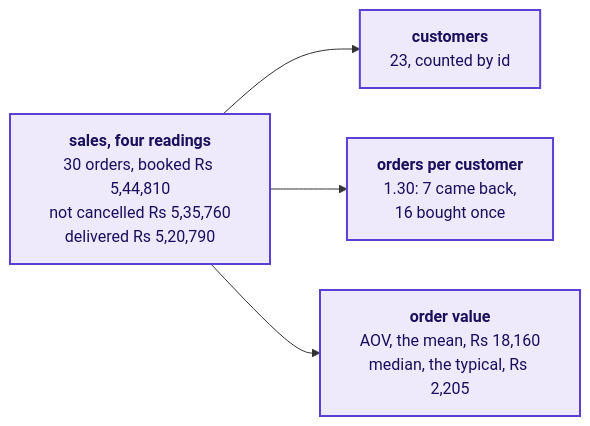
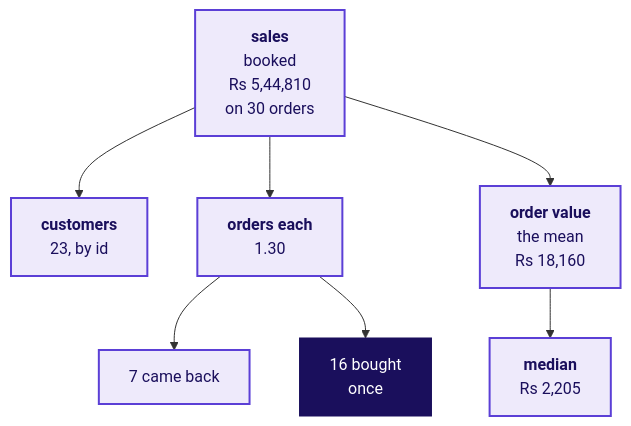
The first of 20 diagrams in content/W01/D1/slides/C2_W01_D01_half2_STUDENT.md (fde-academy-lab/c2-content-factory), drawn with Mermaid before and after one commit. The commit also changed other lines of this file and 32 other files, not shown here.

````diff
--- a/content/W01/D1/slides/C2_W01_D01_half2_STUDENT.md
+++ b/content/W01/D1/slides/C2_W01_D01_half2_STUDENT.md
@@ -21,8 +21,13 @@
 ```mermaid
-flowchart LR
-    R["<b>sales, four readings</b><br/>30 orders, booked Rs 5,44,810<br/>not cancelled Rs 5,35,760<br/>delivered Rs 5,20,790"] --> C["<b>customers</b><br/>23, counted by id"]
-    R --> F["<b>orders per customer</b><br/>1.30: 7 came back,<br/>16 bought once"]
-    R --> A["<b>order value</b><br/>AOV, the mean, Rs 18,160<br/>median, the typical, Rs 2,205"]
+flowchart TB
+    R["<b>sales</b><br/>booked<br/>Rs 5,44,810<br/>on 30 orders"] --> C["<b>customers</b><br/>23, by id"]
+    R --> F["<b>orders each</b><br/>1.30"]
+    R --> A["<b>order value</b><br/>the mean<br/>Rs 18,160"]
+    F --> F1["7 came back"]
+    F --> F2["16 bought<br/>once"]
+    A --> A1["<b>median</b><br/>Rs 2,205"]
     classDef known fill:#EEEAFB,stroke:#5B3FD6,color:#1A0F5C,stroke-width:2px
-    class R,C,F,A known
+    classDef bet fill:#1A0F5C,stroke:#1A0F5C,color:#FFFFFF
+    class R,C,F,A,F1,A1 known
+    class F2 bet
 ```
````
